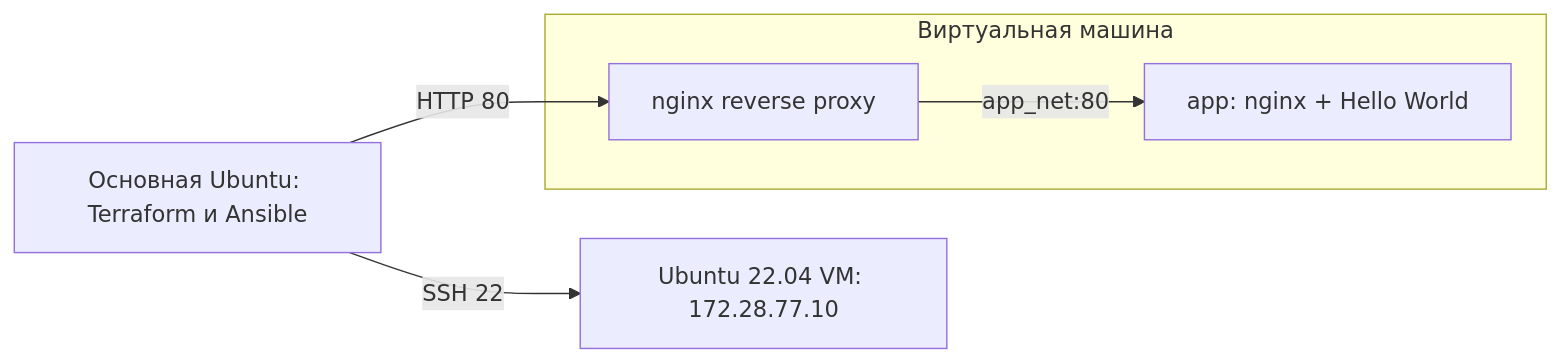
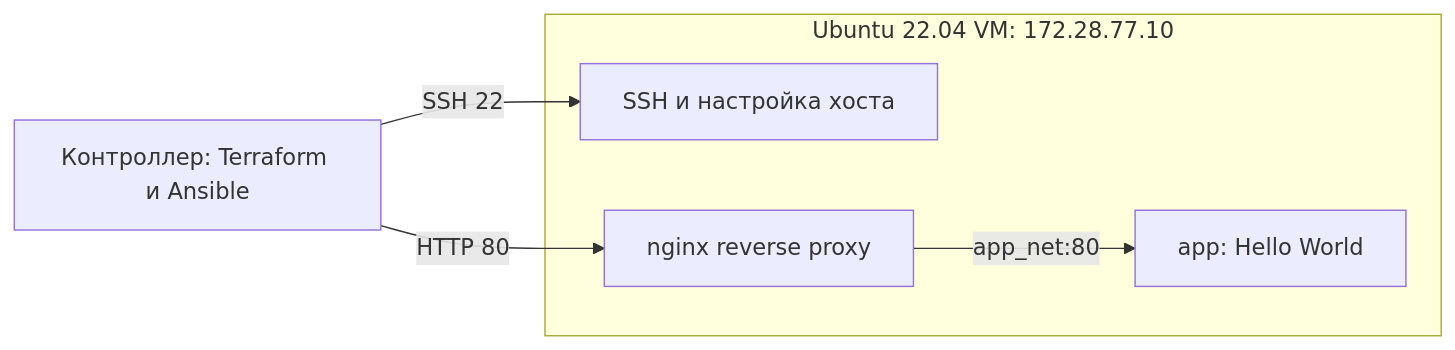
Before and after one commit to Topperoo/devops-infrastructure: the diagram in README.md, drawn with Mermaid. The commit also changed other lines of this file and 24 other files, not shown here.

````diff
--- a/README.md
+++ b/README.md
@@ -9,8 +9,10 @@
 ```mermaid
 flowchart LR
-    Host[Основная Ubuntu: Terraform и Ansible] -->|SSH 22| VM[Ubuntu 22.04 VM: 172.28.77.10]
-    Host -->|HTTP 80| Proxy[nginx reverse proxy]
-    subgraph VMEnv[Виртуальная машина]
-        Proxy -->|app_net:80| App[app: nginx + Hello World]
+    Host[Контроллер: Terraform и Ansible]
+    subgraph VM[Ubuntu 22.04 VM: 172.28.77.10]
+        SSH[SSH и настройка хоста]
+        Proxy[nginx reverse proxy] -->|app_net:80| App[app: Hello World]
     end
+    Host -->|SSH 22| SSH
+    Host -->|HTTP 80| Proxy
 ```
````
